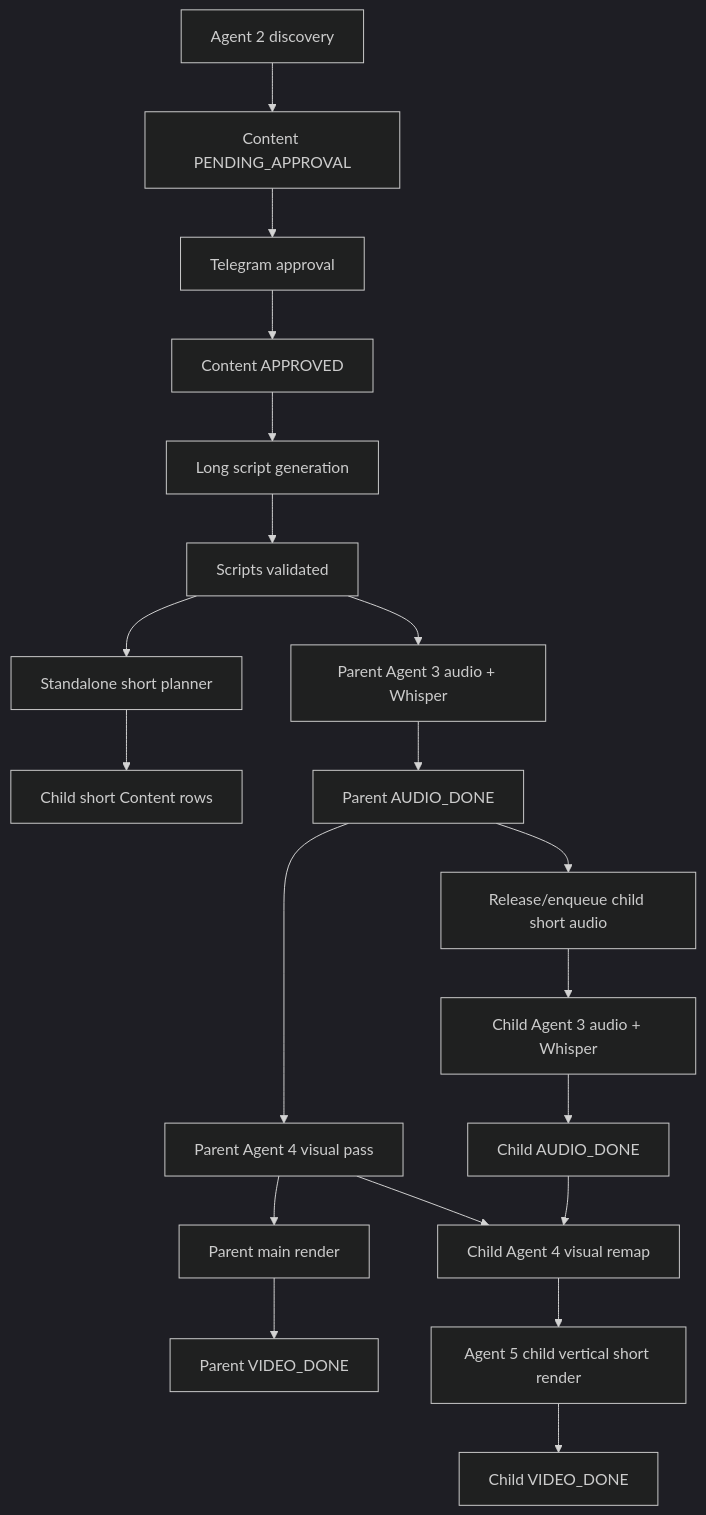
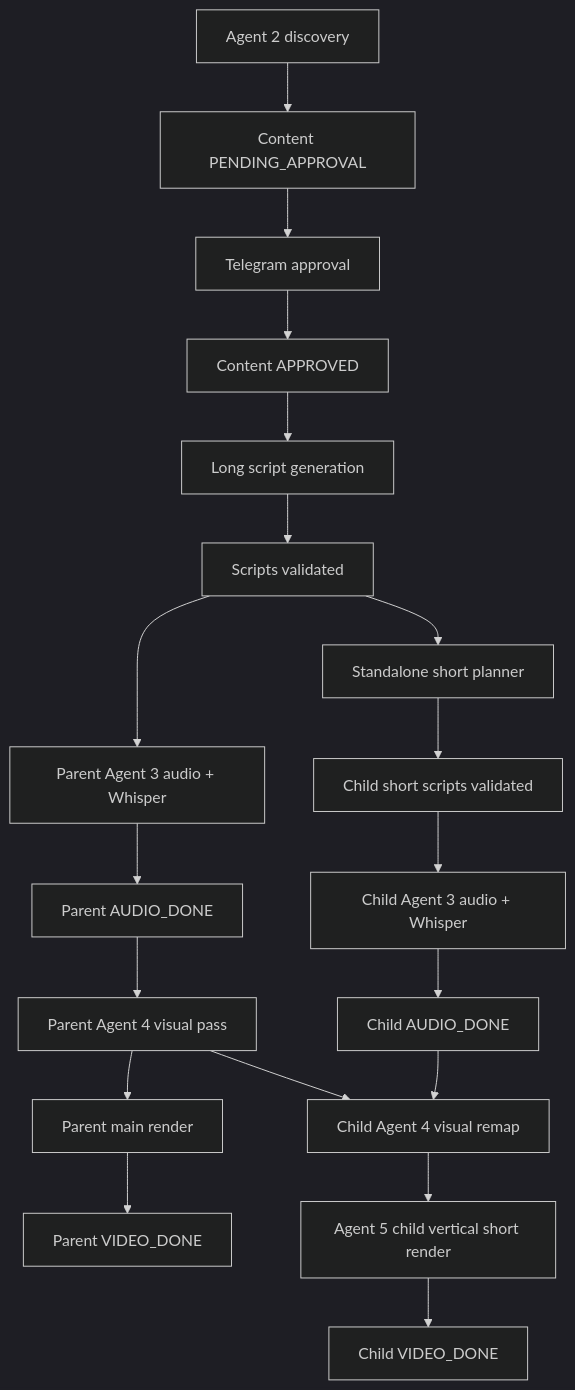
Before and after one commit to Hssingr/content-factory: the first of 8 diagrams in CLAUDE.md, drawn with Mermaid (dark theme). The commit also changed other lines of this file and 30 other files, not shown here.

Commit message:
architecture and code cleanup

````diff
--- a/CLAUDE.md
+++ b/CLAUDE.md
@@ -76,22 +76,21 @@
 ```mermaid
 flowchart TD
     A[Agent 2 discovery] --> B[Content PENDING_APPROVAL]
     B --> C[Telegram approval]
     C --> D[Content APPROVED]
     D --> E[Long script generation]
     E --> F[Scripts validated]
     F --> G[Standalone short planner]
-    G --> H[Child short Content rows]
+    G --> H[Child short scripts validated]
     F --> I[Parent Agent 3 audio + Whisper]
-    I --> J[Parent AUDIO_DONE]
-    J --> K[Release/enqueue child short audio]
-    K --> L[Child Agent 3 audio + Whisper]
-    L --> M[Child AUDIO_DONE]
-    J --> N[Parent Agent 4 visual pass]
+    H --> J[Child Agent 3 audio + Whisper]
+    I --> K[Parent AUDIO_DONE]
+    J --> L[Child AUDIO_DONE]
+    K --> N[Parent Agent 4 visual pass]
     N --> O[Parent main render]
     O --> P[Parent VIDEO_DONE]
-    M --> Q[Child Agent 4 visual remap]
+    L --> Q[Child Agent 4 visual remap]
     N --> Q
     Q --> R[Agent 5 child vertical short render]
     R --> S[Child VIDEO_DONE]
 ```
````
